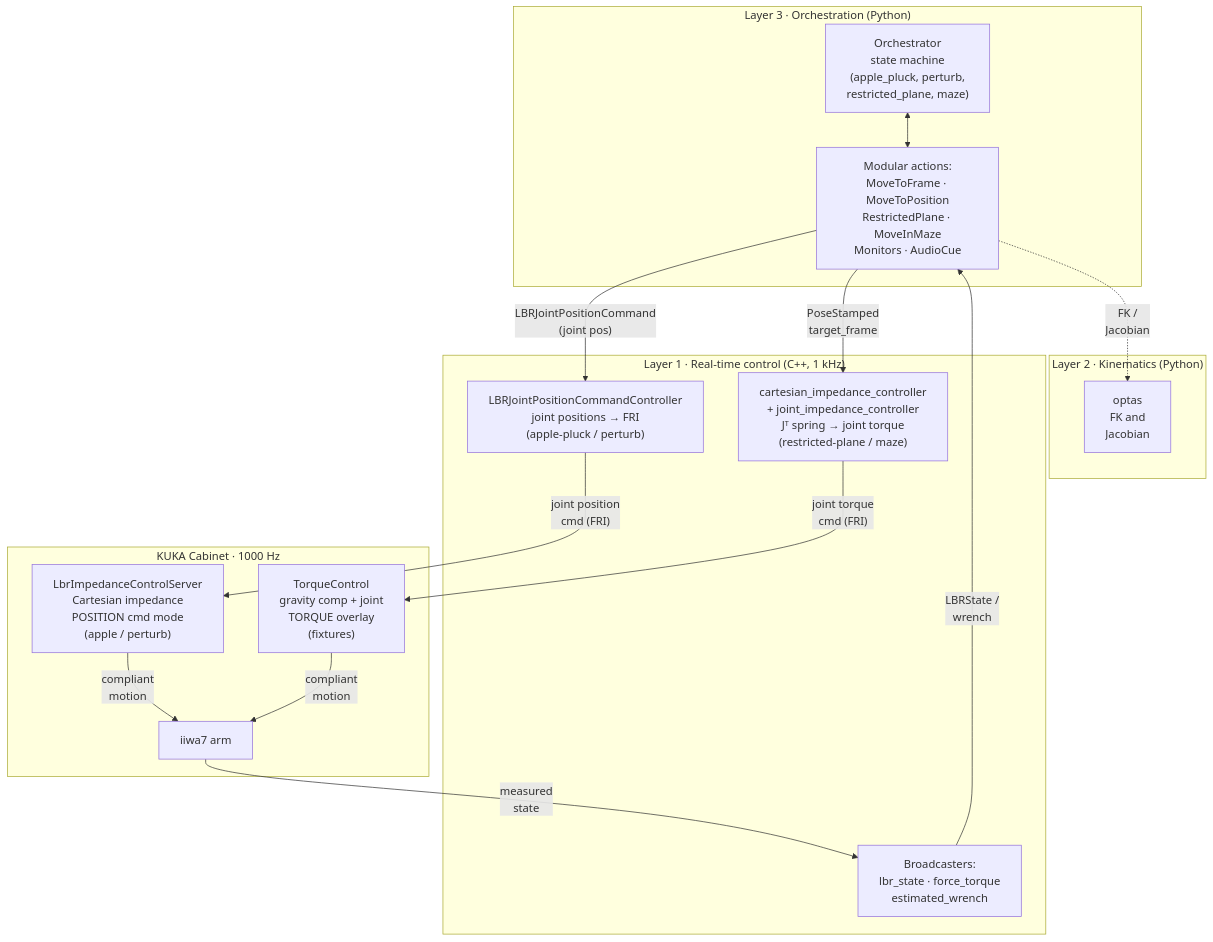
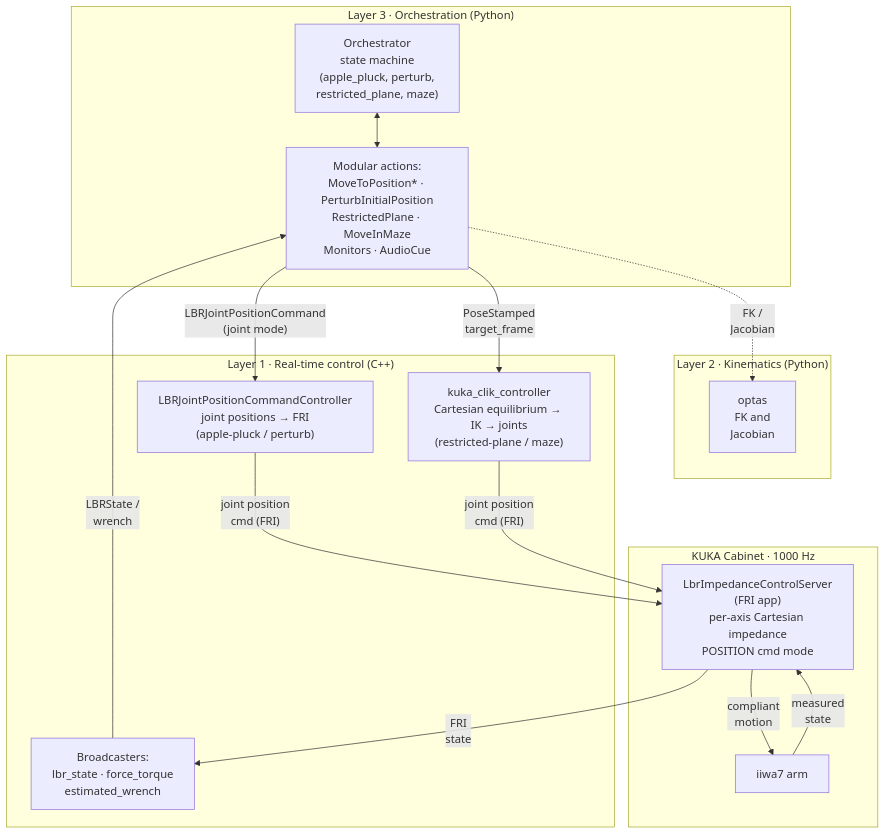
The first of 6 diagrams in README.md (sinthlab/sinthlab-kuka-stack), drawn with Mermaid before and after one commit. The commit also changed other lines of this file and 67 other files, not shown here.

Commit message:
reverting back to CLIK based controller for restricted plane and maze

````diff
--- a/README.md
+++ b/README.md
@@ -470,31 +481,30 @@
 ```mermaid
 flowchart TB
     subgraph L3["Layer 3 · Orchestration (Python)"]
         ORCH["Orchestrator<br/>state machine<br/>(apple_pluck, perturb,<br/>restricted_plane, maze)"]
-        ACT["Modular actions:<br/>MoveToFrame · MoveToPosition<br/>RestrictedPlane · MoveInMaze<br/>Monitors · AudioCue"]
+        ACT["Modular actions:<br/>MoveToPosition* · PerturbInitialPosition<br/>RestrictedPlane · MoveInMaze<br/>Monitors · AudioCue"]
     end
     subgraph L2["Layer 2 · Kinematics (Python)"]
         OPTAS["optas<br/>FK and<br/>Jacobian"]
     end
-    subgraph L1["Layer 1 · Real-time control (C++, 1 kHz)"]
+    subgraph L1["Layer 1 · Real-time control (C++)"]
         JPC["LBRJointPositionCommandController<br/>joint positions → FRI<br/>(apple-pluck / perturb)"]
-        CIC["cartesian_impedance_controller<br/>+ joint_impedance_controller<br/>Jᵀ spring → joint torque<br/>(restricted-plane / maze)"]
+        CLIK["kuka_clik_controller<br/>Cartesian equilibrium → IK → joints<br/>(restricted-plane / maze)"]
         BCAST["Broadcasters:<br/>lbr_state · force_torque<br/>estimated_wrench"]
     end
     subgraph CAB["KUKA Cabinet · 1000 Hz"]
-        POS["LbrImpedanceControlServer<br/>Cartesian impedance<br/>POSITION cmd mode<br/>(apple / perturb)"]
-        TRQ["TorqueControl<br/>gravity comp + joint<br/>TORQUE overlay<br/>(fixtures)"]
+        APP["LbrImpedanceControlServer<br/>(FRI app)<br/>per-axis Cartesian impedance<br/>POSITION cmd mode"]
         ARM["iiwa7 arm"]
     end
 
     ORCH <--> ACT
     ACT -. "FK /<br/>Jacobian" .-> OPTAS
-    ACT -- "LBRJointPositionCommand<br/>(joint pos)" --> JPC
-    ACT -- "PoseStamped<br/>target_frame" --> CIC
-    JPC -- "joint position<br/>cmd (FRI)" --> POS
-    CIC -- "joint torque<br/>cmd (FRI)" --> TRQ
-    POS -- "compliant<br/>motion" --> ARM
-    TRQ -- "compliant<br/>motion" --> ARM
-    ARM -- "measured<br/>state" --> BCAST
+    ACT -- "LBRJointPositionCommand<br/>(joint mode)" --> JPC
+    ACT -- "PoseStamped<br/>target_frame" --> CLIK
+    JPC -- "joint position<br/>cmd (FRI)" --> APP
+    CLIK -- "joint position<br/>cmd (FRI)" --> APP
+    APP -- "compliant<br/>motion" --> ARM
+    ARM -- "measured<br/>state" --> APP
+    APP -- "FRI<br/>state" --> BCAST
     BCAST -- "LBRState /<br/>wrench" --> ACT
 ```
````
